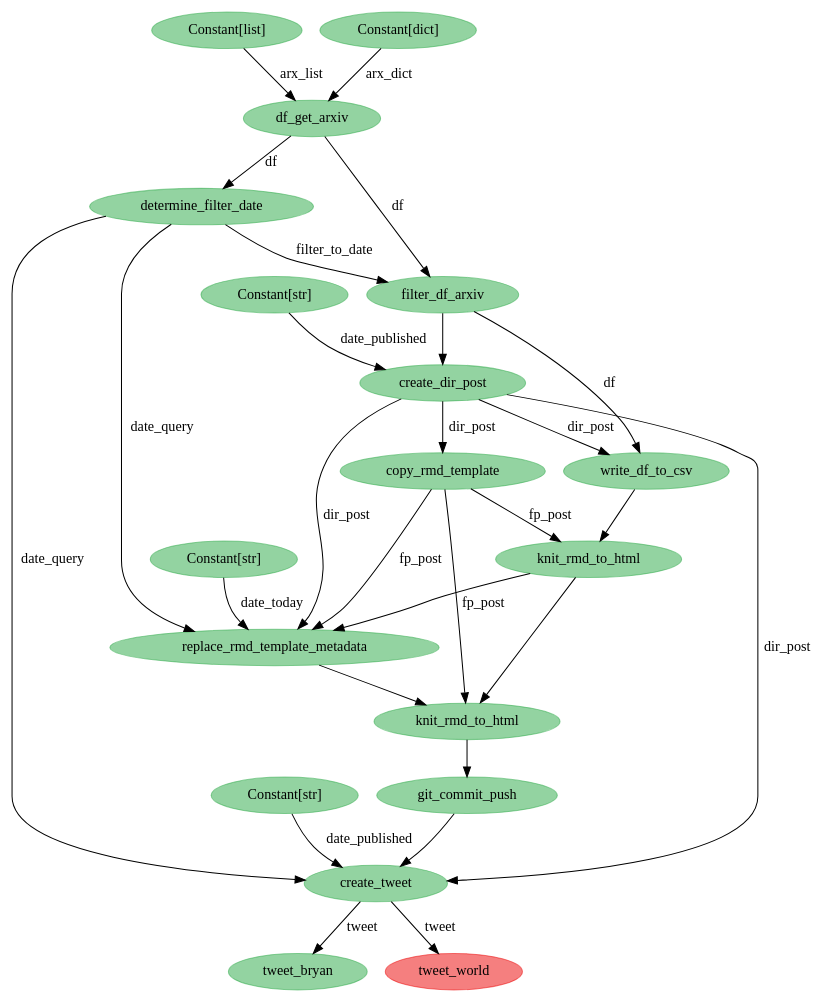
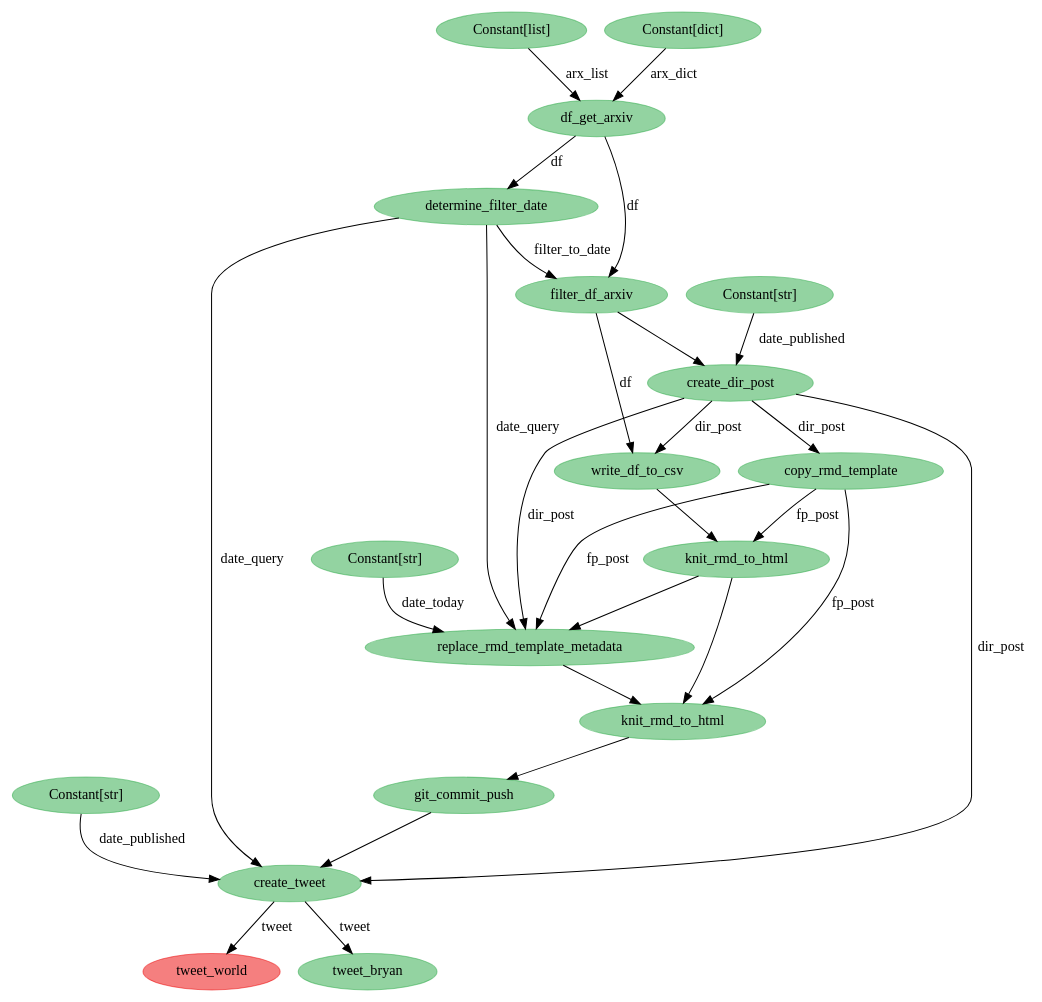
One commit to bryanwhiting/ds-arxiv changed the diagram in python/state-viz.dot. Above: the diagram before and after it, drawn with Graphviz. The commit also changed 8 other files, not shown here.

```diff
--- a/python/state-viz.dot
+++ b/python/state-viz.dot
@@ -1,47 +1,47 @@
 digraph {
-	4603218448 [label=git_commit_push color="#28a74580" colorscheme=svg shape=ellipse style=filled]
-	4603217488 [label=replace_rmd_template_metadata color="#28a74580" colorscheme=svg shape=ellipse style=filled]
-	4603217552 [label="Constant[str]" color="#28a74580" colorscheme=svg shape=ellipse style=filled]
-	4603218704 [label=create_tweet color="#28a74580" colorscheme=svg shape=ellipse style=filled]
-	4603218768 [label="Constant[str]" color="#28a74580" colorscheme=svg shape=ellipse style=filled]
-	4603207056 [label=df_get_arxiv color="#28a74580" colorscheme=svg shape=ellipse style=filled]
-	4598848528 [label="Constant[list]" color="#28a74580" colorscheme=svg shape=ellipse style=filled]
-	4603206928 [label="Constant[dict]" color="#28a74580" colorscheme=svg shape=ellipse style=filled]
-	4603216144 [label=filter_df_arxiv color="#28a74580" colorscheme=svg shape=ellipse style=filled]
-	4603207376 [label=determine_filter_date color="#28a74580" colorscheme=svg shape=ellipse style=filled]
-	4603216336 [label=create_dir_post color="#28a74580" colorscheme=svg shape=ellipse style=filled]
-	4603216912 [label="Constant[str]" color="#28a74580" colorscheme=svg shape=ellipse style=filled]
-	4603216464 [label=write_df_to_csv color="#28a74580" colorscheme=svg shape=ellipse style=filled]
-	4603217040 [label=copy_rmd_template color="#28a74580" colorscheme=svg shape=ellipse style=filled]
-	4603217232 [label=knit_rmd_to_html color="#28a74580" colorscheme=svg shape=ellipse style=filled]
-	4603218128 [label=knit_rmd_to_html color="#28a74580" colorscheme=svg shape=ellipse style=filled]
-	4603219152 [label=tweet_bryan color="#28a74580" colorscheme=svg shape=ellipse style=filled]
-	4603219344 [label=tweet_world color="#eb000080" colorscheme=svg shape=ellipse style=filled]
-	4603207056 -> 4603216144 [label=df]
-	4603216336 -> 4603217040 [label=dir_post]
-	4603216336 -> 4603218704 [label=dir_post]
-	4603218704 -> 4603219344 [label=tweet]
-	4603217552 -> 4603217488 [label=date_today]
-	4603207376 -> 4603218704 [label=date_query]
-	4603216144 -> 4603216336
-	4603218128 -> 4603218448
-	4603218768 -> 4603218704 [label=date_published]
-	4598848528 -> 4603207056 [label=arx_list]
-	4603206928 -> 4603207056 [label=arx_dict]
-	4603207056 -> 4603207376 [label=df]
-	4603216144 -> 4603216464 [label=df]
-	4603216336 -> 4603216464 [label=dir_post]
-	4603216336 -> 4603217488 [label=dir_post]
-	4603218704 -> 4603219152 [label=tweet]
-	4603207376 -> 4603216144 [label=filter_to_date]
-	4603217040 -> 4603217488 [label=fp_post]
-	4603217040 -> 4603218128 [label=fp_post]
-	4603217040 -> 4603217232 [label=fp_post]
-	4603207376 -> 4603217488 [label=date_query]
-	4603216464 -> 4603217232
-	4603217232 -> 4603217488
-	4603217232 -> 4603218128
-	4603217488 -> 4603218128
-	4603218448 -> 4603218704
-	4603216912 -> 4603216336 [label=date_published]
+	4634508496 [label=tweet_world color="#eb000080" colorscheme=svg shape=ellipse style=filled]
+	4634507856 [label=create_tweet color="#28a74580" colorscheme=svg shape=ellipse style=filled]
+	4634507920 [label="Constant[str]" color="#28a74580" colorscheme=svg shape=ellipse style=filled]
+	4634467664 [label=df_get_arxiv color="#28a74580" colorscheme=svg shape=ellipse style=filled]
+	4634467344 [label="Constant[list]" color="#28a74580" colorscheme=svg shape=ellipse style=filled]
+	4634468112 [label=determine_filter_date color="#28a74580" colorscheme=svg shape=ellipse style=filled]
+	4634467472 [label="Constant[dict]" color="#28a74580" colorscheme=svg shape=ellipse style=filled]
+	4634505360 [label=filter_df_arxiv color="#28a74580" colorscheme=svg shape=ellipse style=filled]
+	4634505488 [label=create_dir_post color="#28a74580" colorscheme=svg shape=ellipse style=filled]
+	4634506064 [label="Constant[str]" color="#28a74580" colorscheme=svg shape=ellipse style=filled]
+	4634505616 [label=write_df_to_csv color="#28a74580" colorscheme=svg shape=ellipse style=filled]
+	4634506192 [label=copy_rmd_template color="#28a74580" colorscheme=svg shape=ellipse style=filled]
+	4634506384 [label=knit_rmd_to_html color="#28a74580" colorscheme=svg shape=ellipse style=filled]
+	4634507280 [label=knit_rmd_to_html color="#28a74580" colorscheme=svg shape=ellipse style=filled]
+	4634507600 [label=git_commit_push color="#28a74580" colorscheme=svg shape=ellipse style=filled]
+	4634508304 [label=tweet_bryan color="#28a74580" colorscheme=svg shape=ellipse style=filled]
+	4634506640 [label=replace_rmd_template_metadata color="#28a74580" colorscheme=svg shape=ellipse style=filled]
+	4634506704 [label="Constant[str]" color="#28a74580" colorscheme=svg shape=ellipse style=filled]
+	4634507856 -> 4634508304 [label=tweet]
+	4634467664 -> 4634505360 [label=df]
+	4634467664 -> 4634468112 [label=df]
+	4634506064 -> 4634505488 [label=date_published]
+	4634507920 -> 4634507856 [label=date_published]
+	4634468112 -> 4634507856 [label=date_query]
+	4634468112 -> 4634505360 [label=filter_to_date]
+	4634467472 -> 4634467664 [label=arx_dict]
+	4634505488 -> 4634505616 [label=dir_post]
+	4634505488 -> 4634506640 [label=dir_post]
+	4634507280 -> 4634507600
+	4634507856 -> 4634508496 [label=tweet]
+	4634505360 -> 4634505616 [label=df]
+	4634506704 -> 4634506640 [label=date_today]
+	4634467344 -> 4634467664 [label=arx_list]
+	4634468112 -> 4634506640 [label=date_query]
+	4634505488 -> 4634506192 [label=dir_post]
+	4634506192 -> 4634506384 [label=fp_post]
+	4634506192 -> 4634506640 [label=fp_post]
+	4634506192 -> 4634507280 [label=fp_post]
+	4634505360 -> 4634505488
+	4634505616 -> 4634506384
+	4634506384 -> 4634506640
+	4634506384 -> 4634507280
+	4634506640 -> 4634507280
+	4634505488 -> 4634507856 [label=dir_post]
+	4634507600 -> 4634507856
 }
```
